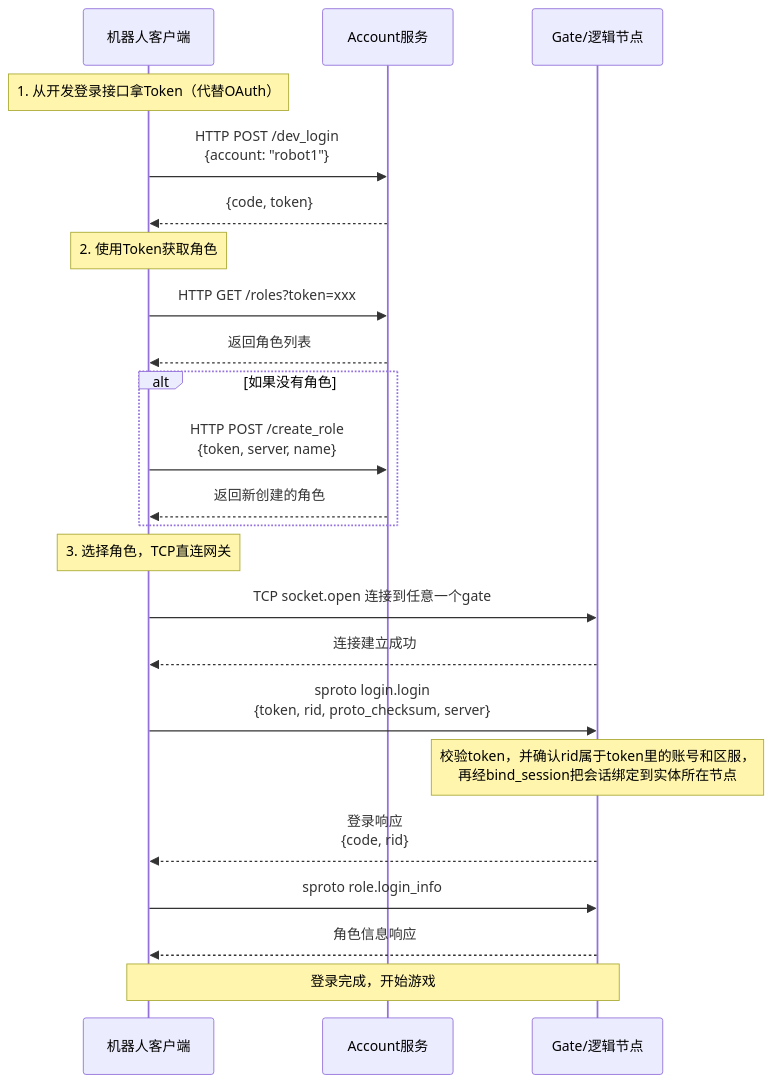
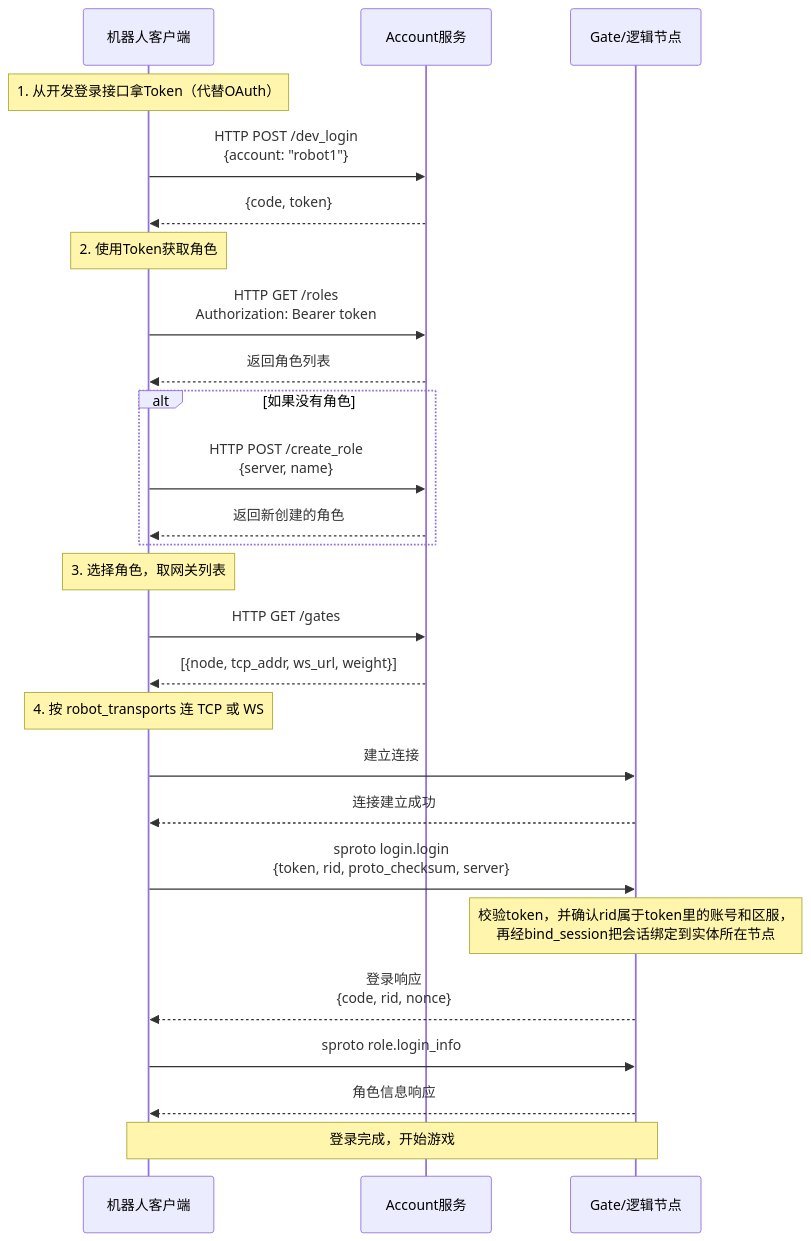
One commit to hanxi/skyext changed the eighth of 8 diagrams in docs/guide/login_diagram.md. Above: the diagram before and after it, drawn with Mermaid. The commit also changed other lines of this file and 10 other files, not shown here.

````diff
--- a/docs/guide/login_diagram.md
+++ b/docs/guide/login_diagram.md
@@ -206,32 +266,36 @@
 ```mermaid
 sequenceDiagram
     participant RC as 机器人客户端
     participant A as Account服务
     participant R as Gate/逻辑节点
 
     Note over RC: 1. 从开发登录接口拿Token（代替OAuth）
     RC->>A: HTTP POST /dev_login<br/>{account: "robot1"}
     A-->>RC: {code, token}
 
     Note over RC: 2. 使用Token获取角色
-    RC->>A: HTTP GET /roles?token=xxx
+    RC->>A: HTTP GET /roles<br/>Authorization: Bearer token
     A-->>RC: 返回角色列表
 
     alt 如果没有角色
-        RC->>A: HTTP POST /create_role<br/>{token, server, name}
+        RC->>A: HTTP POST /create_role<br/>{server, name}
         A-->>RC: 返回新创建的角色
     end
 
-    Note over RC: 3. 选择角色，TCP直连网关
-    RC->>R: TCP socket.open 连接到任意一个gate
+    Note over RC: 3. 选择角色，取网关列表
+    RC->>A: HTTP GET /gates
+    A-->>RC: [{node, tcp_addr, ws_url, weight}]
+
+    Note over RC: 4. 按 robot_transports 连 TCP 或 WS
+    RC->>R: 建立连接
     R-->>RC: 连接建立成功
 
     RC->>R: sproto login.login<br/>{token, rid, proto_checksum, server}
     Note over R: 校验token，并确认rid属于token里的账号和区服，<br/>再经bind_session把会话绑定到实体所在节点
-    R-->>RC: 登录响应<br/>{code, rid}
+    R-->>RC: 登录响应<br/>{code, rid, nonce}
 
     RC->>R: sproto role.login_info
     R-->>RC: 角色信息响应
 
     Note over RC,R: 登录完成，开始游戏
 ```
````
